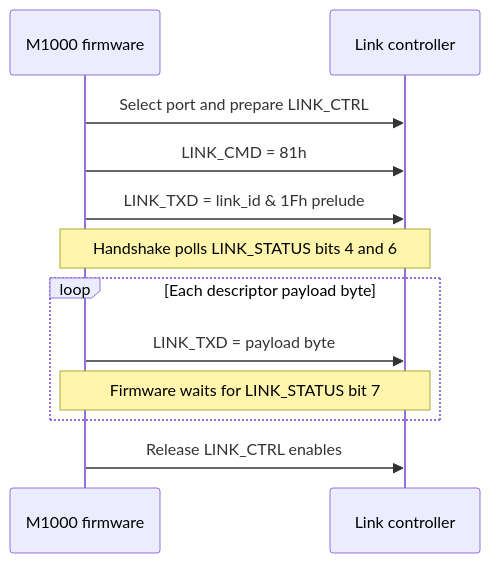
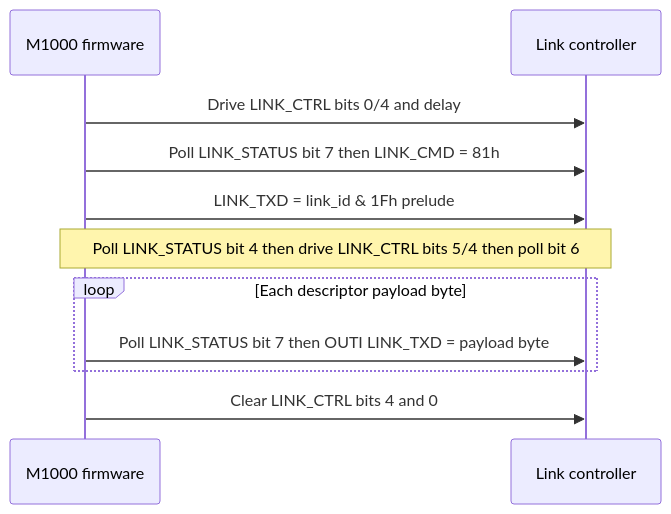
The diagram in doc/protocol/commstar.md (philpem/micronic1000), drawn with Mermaid before and after one commit. The commit also changed other lines of this file and 3 other files, not shown here.

````diff
--- a/doc/protocol/commstar.md
+++ b/doc/protocol/commstar.md
@@ -73,14 +84,13 @@
 ```mermaid
 sequenceDiagram
     participant F as M1000 firmware
     participant C as Link controller
-    F->>C: Select port and prepare LINK_CTRL
-    F->>C: LINK_CMD = 81h
+    F->>C: Drive LINK_CTRL bits 0/4 and delay
+    F->>C: Poll LINK_STATUS bit 7 then LINK_CMD = 81h
     F->>C: LINK_TXD = link_id & 1Fh prelude
-    Note over F,C: Handshake polls LINK_STATUS bits 4 and 6
+    Note over F,C: Poll LINK_STATUS bit 4 then drive LINK_CTRL bits 5/4 then poll bit 6
     loop Each descriptor payload byte
-        F->>C: LINK_TXD = payload byte
-        Note over F,C: Firmware waits for LINK_STATUS bit 7
+        F->>C: Poll LINK_STATUS bit 7 then OUTI LINK_TXD = payload byte
     end
-    F->>C: Release LINK_CTRL enables
+    F->>C: Clear LINK_CTRL bits 4 and 0
 ```
````
